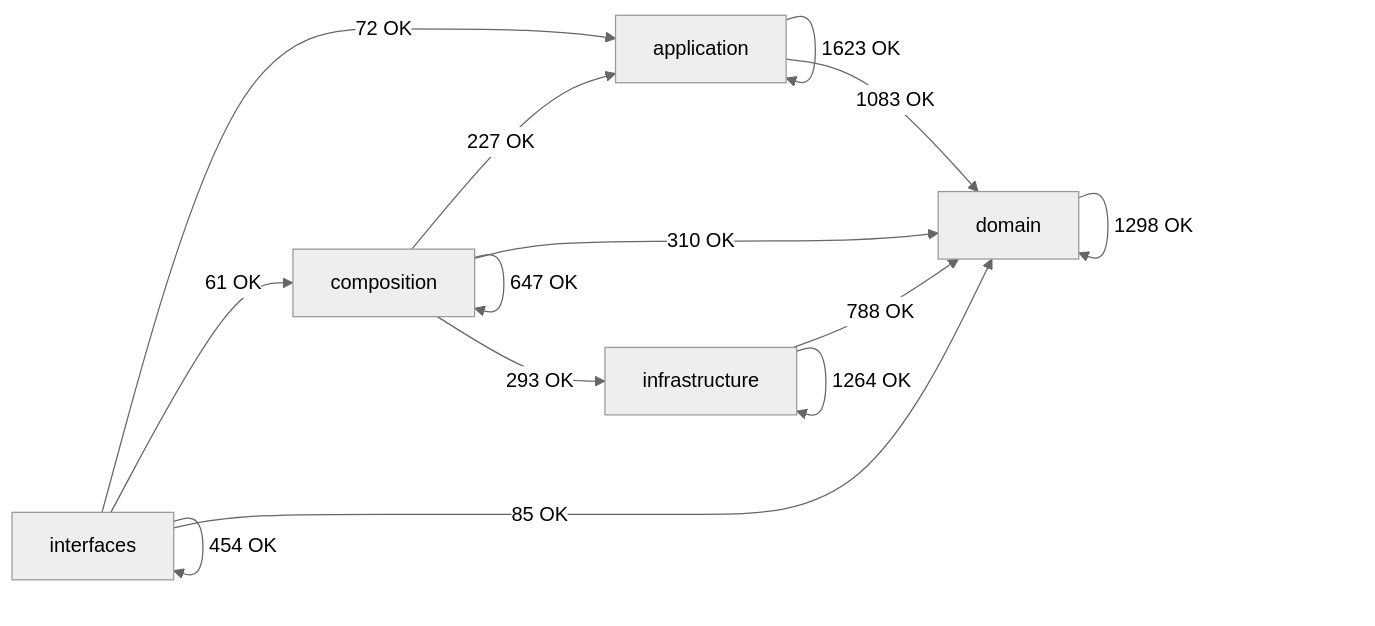
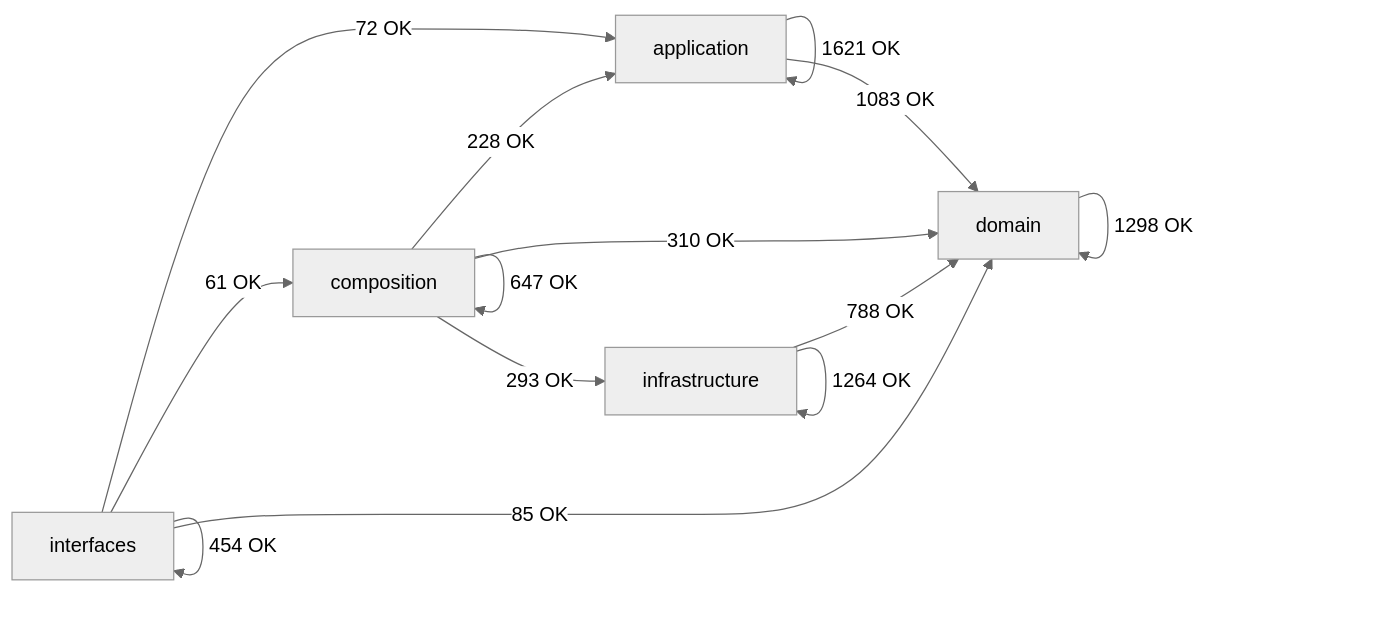
One commit to SatoryKono/BioactivityDataAcquisition changed the diagram in docs/02-architecture/generated/module-dependency-map.md. Above: the diagram before and after it, drawn with Mermaid (neutral theme). The commit also changed other lines of this file and 38 other files, not shown here.

````diff
--- a/docs/02-architecture/generated/module-dependency-map.md
+++ b/docs/02-architecture/generated/module-dependency-map.md
@@ -17,21 +17,21 @@
 ```mermaid
 flowchart LR
     domain[domain]
     application[application]
     infrastructure[infrastructure]
     composition[composition]
     interfaces[interfaces]
-    application -->|1623 OK| application
+    application -->|1621 OK| application
     application -->|1083 OK| domain
-    composition -->|227 OK| application
+    composition -->|228 OK| application
     composition -->|647 OK| composition
     composition -->|310 OK| domain
     composition -->|293 OK| infrastructure
     domain -->|1298 OK| domain
     infrastructure -->|788 OK| domain
     infrastructure -->|1264 OK| infrastructure
     interfaces -->|72 OK| application
     interfaces -->|61 OK| composition
     interfaces -->|85 OK| domain
     interfaces -->|454 OK| interfaces
 ```
````
